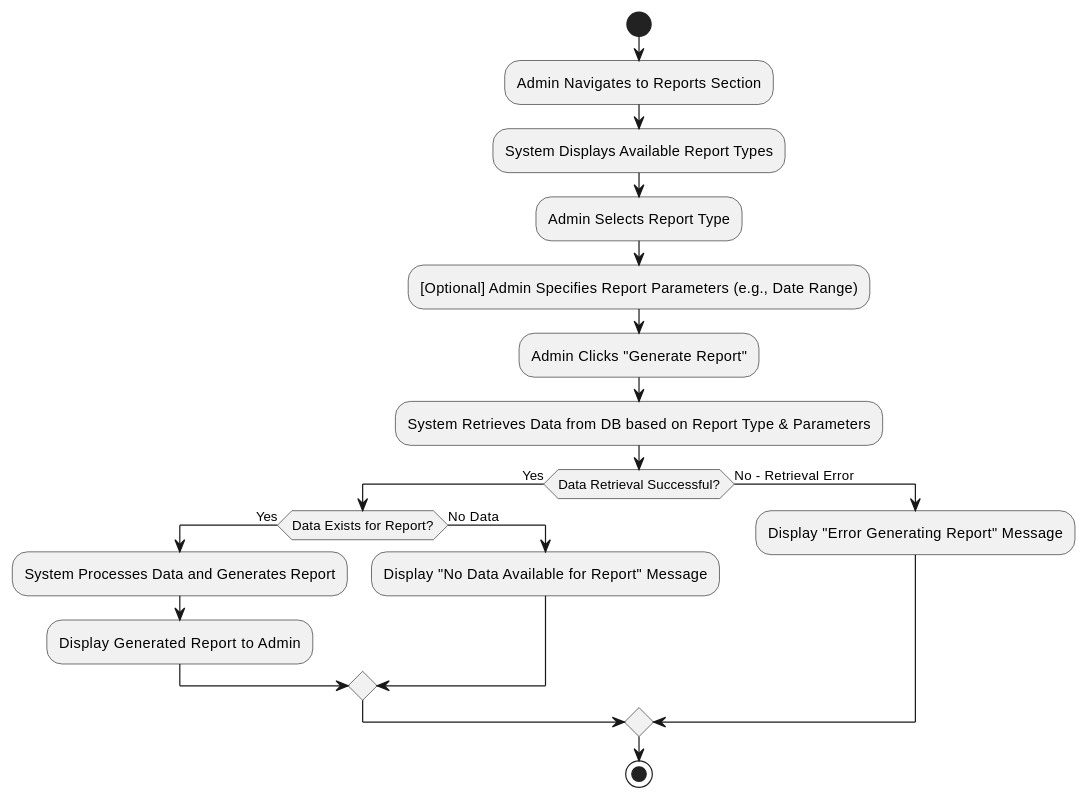
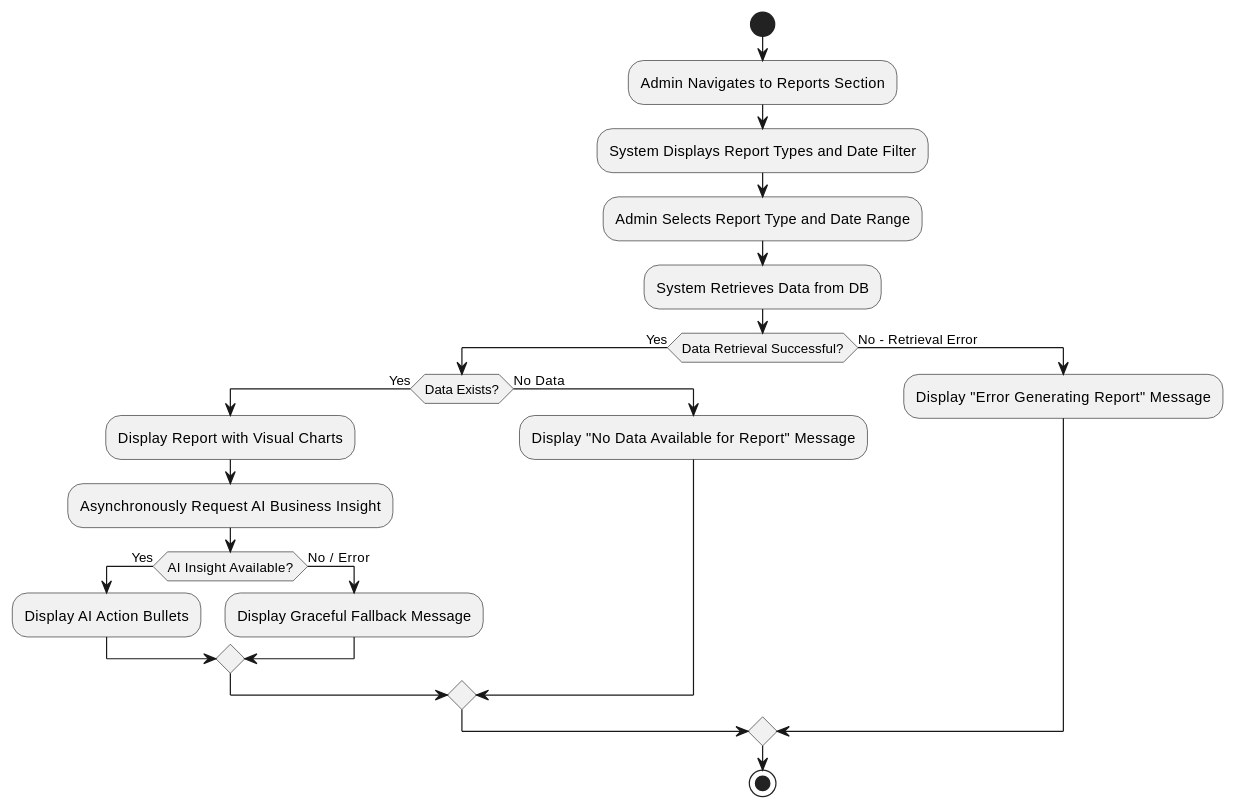
Diagram 29 of 34 in Academic fluff (temp)/appendix: SRS.md (7azmi/Al-Muneer-Portal), drawn with PlantUML before and after one commit. The commit also changed other lines of this file, not shown here.

````diff
--- a/Academic fluff (temp)/appendix: SRS.md
+++ b/Academic fluff (temp)/appendix: SRS.md
@@ -1275,22 +1285,25 @@
 ```plantuml
 @startuml
 start
 :Admin Navigates to Reports Section;
-:System Displays Available Report Types;
-:Admin Selects Report Type;
-:[Optional] Admin Specifies Report Parameters (e.g., Date Range);
-:Admin Clicks "Generate Report";
-:System Retrieves Data from DB based on Report Type & Parameters;
+:System Displays Report Types and Date Filter;
+:Admin Selects Report Type and Date Range;
+:System Retrieves Data from DB;
 if (Data Retrieval Successful?) then (Yes)
-  if (Data Exists for Report?) then (Yes)
-    :System Processes Data and Generates Report;
-    :Display Generated Report to Admin;
+  if (Data Exists?) then (Yes)
+    :Display Report with Visual Charts;
+    :Asynchronously Request AI Business Insight;
+    if (AI Insight Available?) then (Yes)
+      :Display AI Action Bullets;
+    else (No / Error)
+      :Display Graceful Fallback Message;
+    endif
   else (No Data)
     :Display "No Data Available for Report" Message;
   endif
 else (No - Retrieval Error)
   :Display "Error Generating Report" Message;
 endif
 stop
 @enduml
 ```
````
